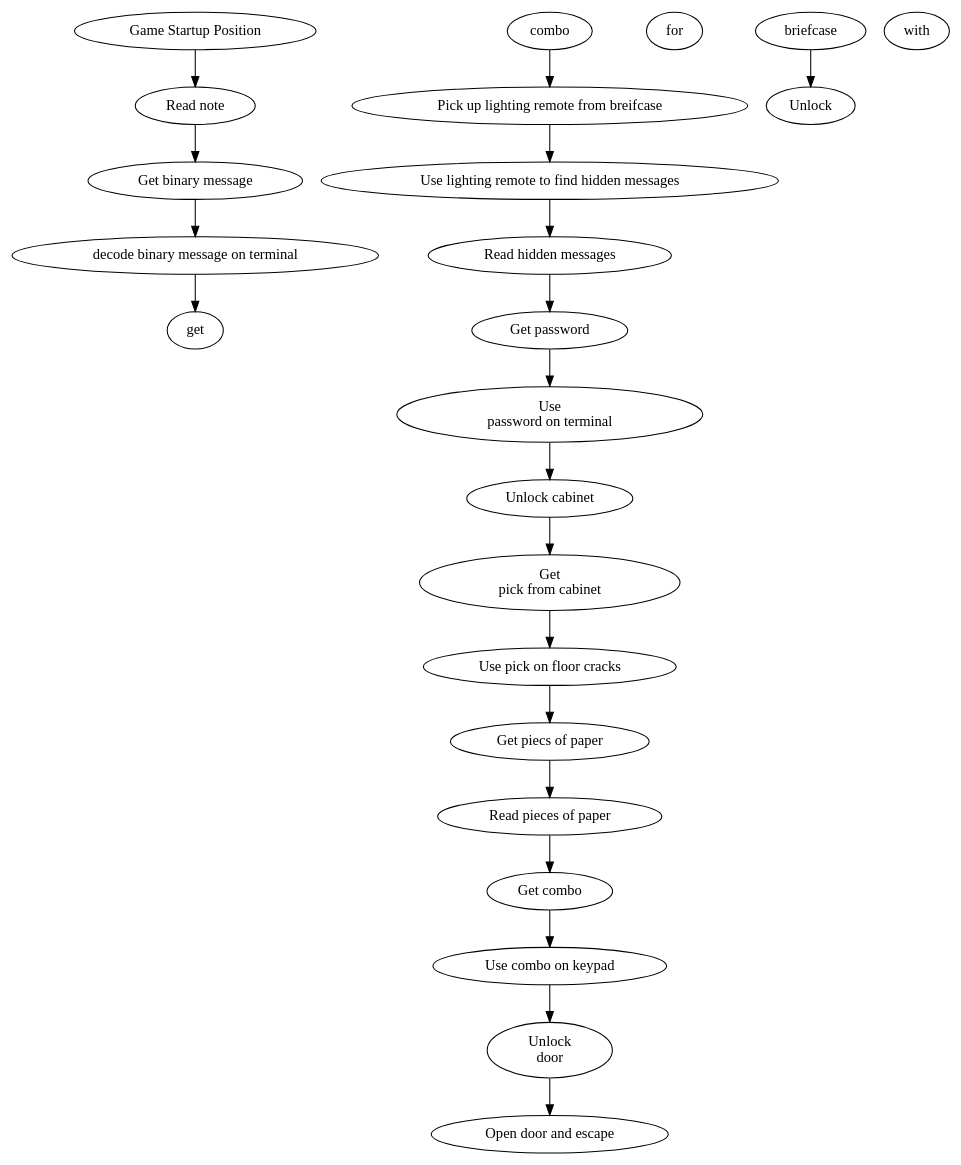
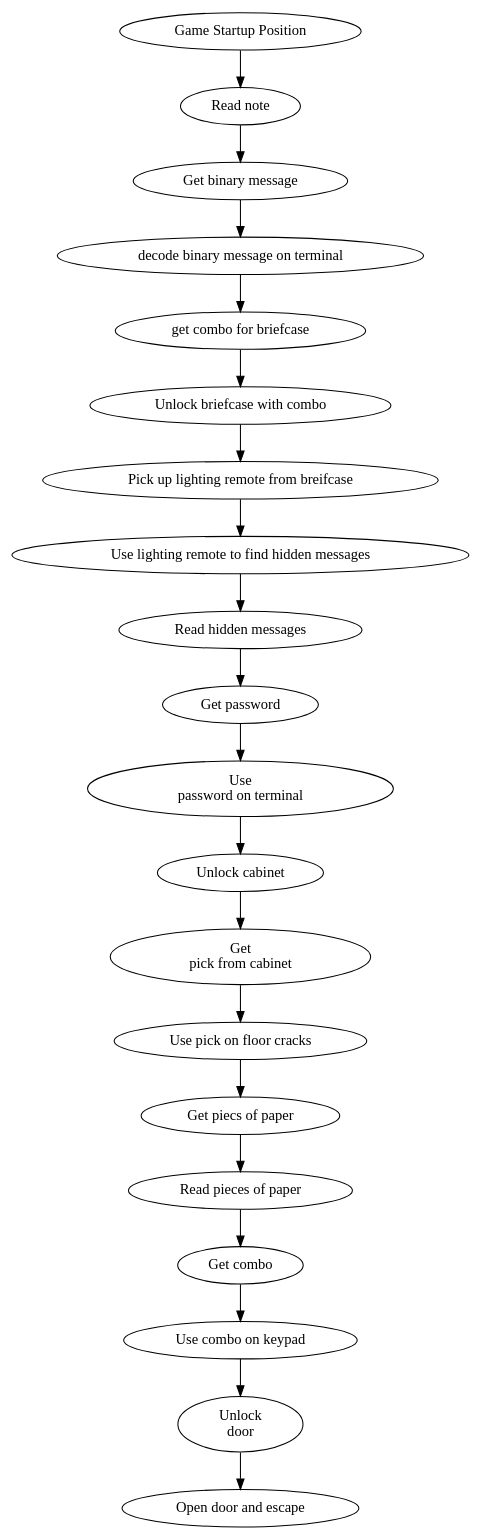
Before and after one commit to WillBatchelor/CardinalEscape: the diagram in concept/flowofcs.gv, drawn with Graphviz. The commit also changed 2 other files, not shown here.

Commit message:
Cleaned up game flow document and updated GDD. Will add explanations to game elements later.

```diff
--- a/concept/flowofcs.gv
+++ b/concept/flowofcs.gv
@@ -1,15 +1,15 @@
 digraph G {
 	/* Graph to outline Cardinal Escape Game Flow
 		12/20/2018 */
 		
 	"Game Startup Position" -> "Read note" 
-	-> "Get binary message" -> "decode binary message on terminal" ->  get combo for briefcase
-	-> Unlock briefcase with combo -> "Pick up lighting remote from breifcase" -> 
+	-> "Get binary message" -> "decode binary message on terminal" ->  "get combo for briefcase"
+	-> "Unlock briefcase with combo" -> "Pick up lighting remote from breifcase" -> 
 	"Use lighting remote to find hidden messages" -> 
 	"Read hidden messages" -> "Get password" -> "Use 
 	password on terminal" -> "Unlock cabinet" -> "Get 
 	pick from cabinet" -> "Use pick on floor cracks" 
 	-> "Get piecs of paper" -> "Read pieces of paper" 
 	-> "Get combo" -> "Use combo on keypad" -> "Unlock 
 	door" -> "Open door and escape";
 		}
```
